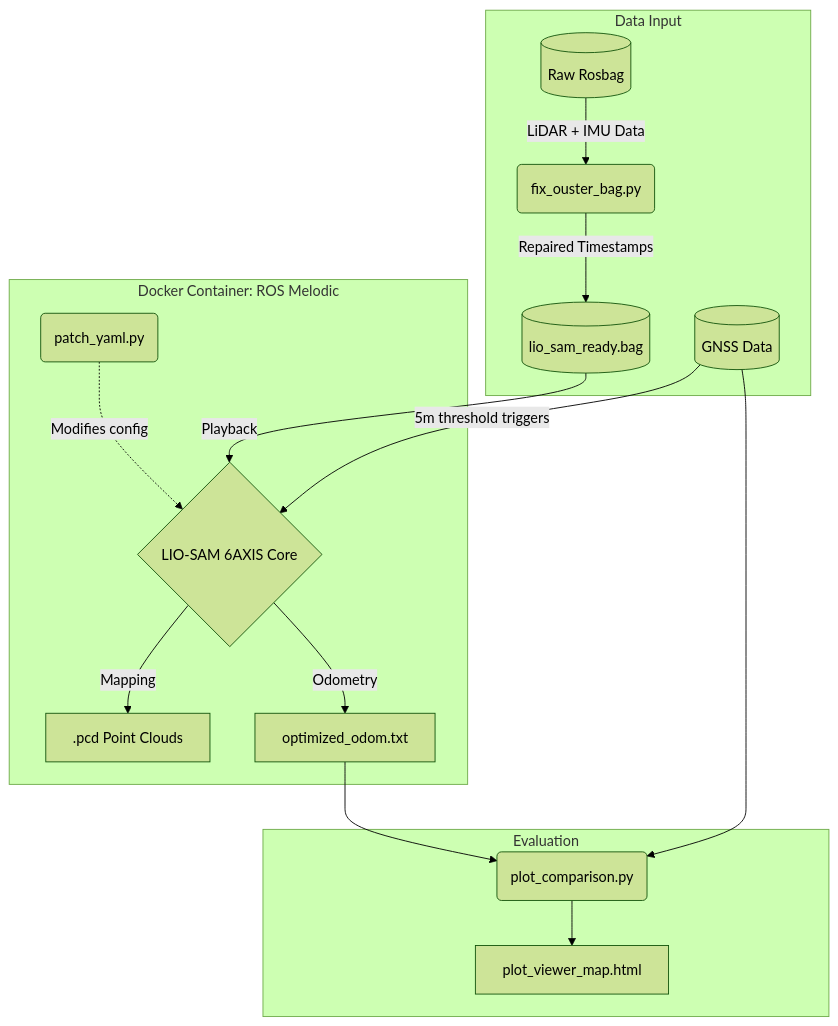
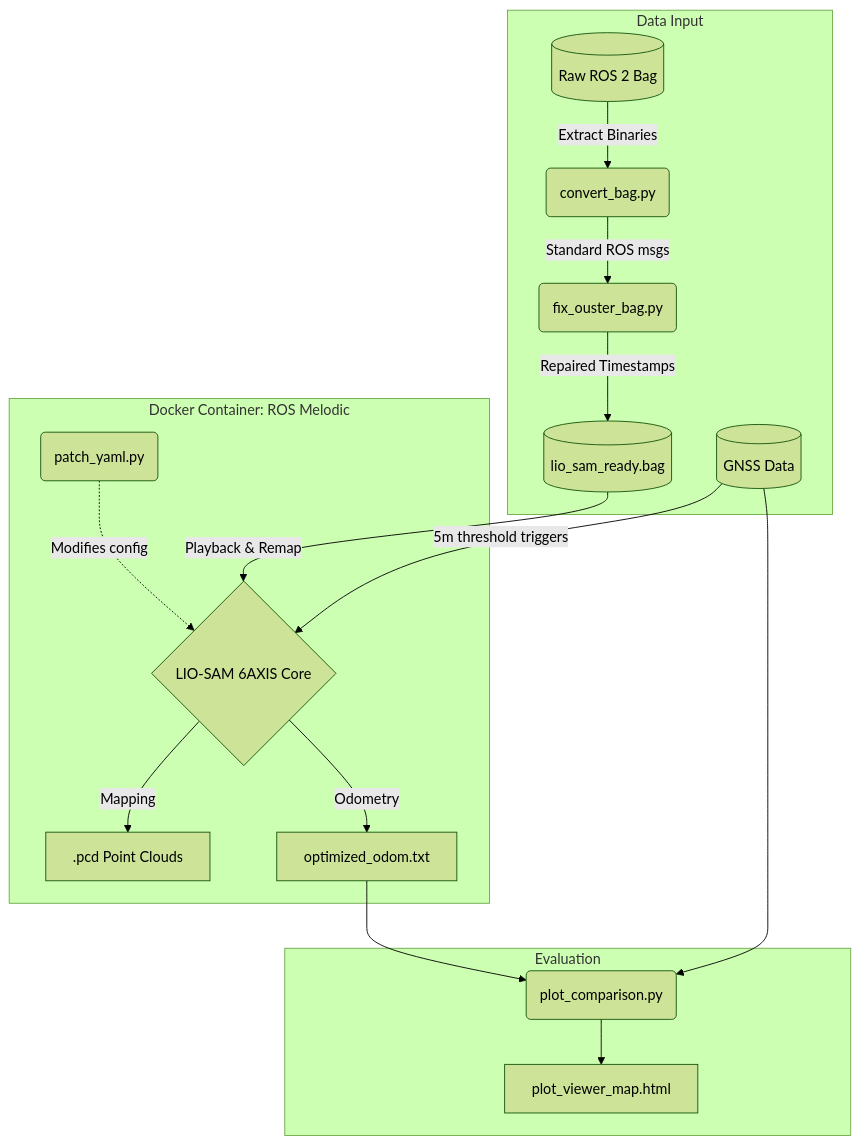
One commit to Armin-Ebrahimi-Saba/LIDAR-Odometry changed the diagram in README.md. Above: the diagram before and after it, drawn with Mermaid (forest theme). The commit also changed other lines of this file, not shown here.

````diff
--- a/README.md
+++ b/README.md
@@ -15,22 +40,23 @@
 ```mermaid
 flowchart TD
     subgraph Data Input
-        B1[(Raw Rosbag)] -->|LiDAR + IMU Data| P1(fix_ouster_bag.py)
+        B1[(Raw ROS 2 Bag)] -->|Extract Binaries| conv(convert_bag.py)
+        conv -->|Standard ROS msgs| P1(fix_ouster_bag.py)
         P1 -->|Repaired Timestamps| B2[(lio_sam_ready.bag)]
         GNSS[(GNSS Data)]
     end
 
     subgraph Docker Container: ROS Melodic
         patch(patch_yaml.py) -.->|Modifies config| core
-        B2 -->|Playback| core{LIO-SAM 6AXIS Core}
+        B2 -->|Playback & Remap| core{LIO-SAM 6AXIS Core}
         GNSS -->|5m threshold triggers| core
         core -->|Mapping| pcd[.pcd Point Clouds]
         core -->|Odometry| txt[optimized_odom.txt]
     end
 
     subgraph Evaluation
         txt --> plot(plot_comparison.py)
         GNSS --> plot
         plot --> html[plot_viewer_map.html]
     end
 ```
````
